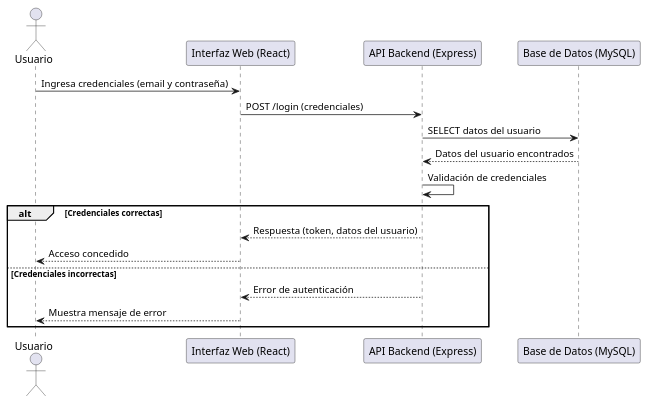
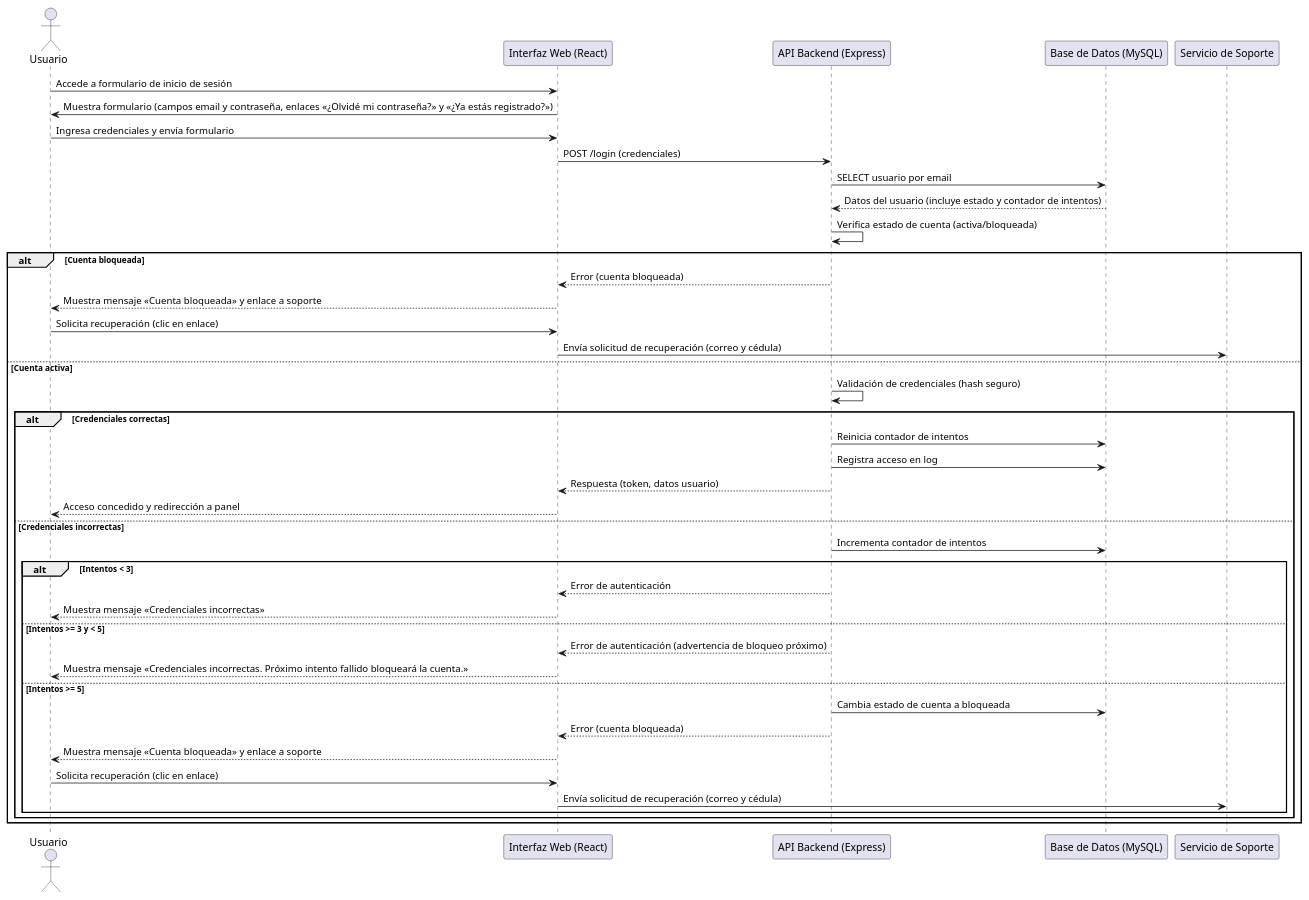
One commit to wilmereleon/PlenaStudio changed the diagram in Diagramas/PUML/diaSecuenciaAutenticacion.puml. Above: the diagram before and after it, drawn with PlantUML. The commit also changed 13 other files, not shown here.

```diff
--- a/Diagramas/PUML/diaSecuenciaAutenticacion.puml
+++ b/Diagramas/PUML/diaSecuenciaAutenticacion.puml
@@ -1,19 +1,44 @@
 @startuml AutenticacionUsuario
 actor "Usuario" as U
 participant "Interfaz Web (React)" as FE
 participant "API Backend (Express)" as BE
 participant "Base de Datos (MySQL)" as DB
+participant "Servicio de Soporte" as Soporte
 
-U -> FE: Ingresa credenciales (email y contraseña)
+U -> FE: Accede a formulario de inicio de sesión
+FE -> U: Muestra formulario (campos email y contraseña, enlaces «¿Olvidé mi contraseña?» y «¿Ya estás registrado?»)
+U -> FE: Ingresa credenciales y envía formulario
 FE -> BE: POST /login (credenciales)
-BE -> DB: SELECT datos del usuario
-DB --> BE: Datos del usuario encontrados
-BE -> BE: Validación de credenciales
-alt Credenciales correctas
-  BE --> FE: Respuesta (token, datos del usuario)
-  FE --> U: Acceso concedido
-else Credenciales incorrectas
-  BE --> FE: Error de autenticación
-  FE --> U: Muestra mensaje de error
+BE -> DB: SELECT usuario por email
+DB --> BE: Datos del usuario (incluye estado y contador de intentos)
+BE -> BE: Verifica estado de cuenta (activa/bloqueada)
+alt Cuenta bloqueada
+  BE --> FE: Error (cuenta bloqueada)
+  FE --> U: Muestra mensaje «Cuenta bloqueada» y enlace a soporte
+  U -> FE: Solicita recuperación (clic en enlace)
+  FE -> Soporte: Envía solicitud de recuperación (correo y cédula)
+else Cuenta activa
+  BE -> BE: Validación de credenciales (hash seguro)
+  alt Credenciales correctas
+    BE -> DB: Reinicia contador de intentos
+    BE -> DB: Registra acceso en log
+    BE --> FE: Respuesta (token, datos usuario)
+    FE --> U: Acceso concedido y redirección a panel
+  else Credenciales incorrectas
+    BE -> DB: Incrementa contador de intentos
+    alt Intentos < 3
+      BE --> FE: Error de autenticación
+      FE --> U: Muestra mensaje «Credenciales incorrectas»
+    else Intentos >= 3 y < 5
+      BE --> FE: Error de autenticación (advertencia de bloqueo próximo)
+      FE --> U: Muestra mensaje «Credenciales incorrectas. Próximo intento fallido bloqueará la cuenta.»
+    else Intentos >= 5
+      BE -> DB: Cambia estado de cuenta a bloqueada
+      BE --> FE: Error (cuenta bloqueada)
+      FE --> U: Muestra mensaje «Cuenta bloqueada» y enlace a soporte
+      U -> FE: Solicita recuperación (clic en enlace)
+      FE -> Soporte: Envía solicitud de recuperación (correo y cédula)
+    end
+  end
 end
 @enduml
```
